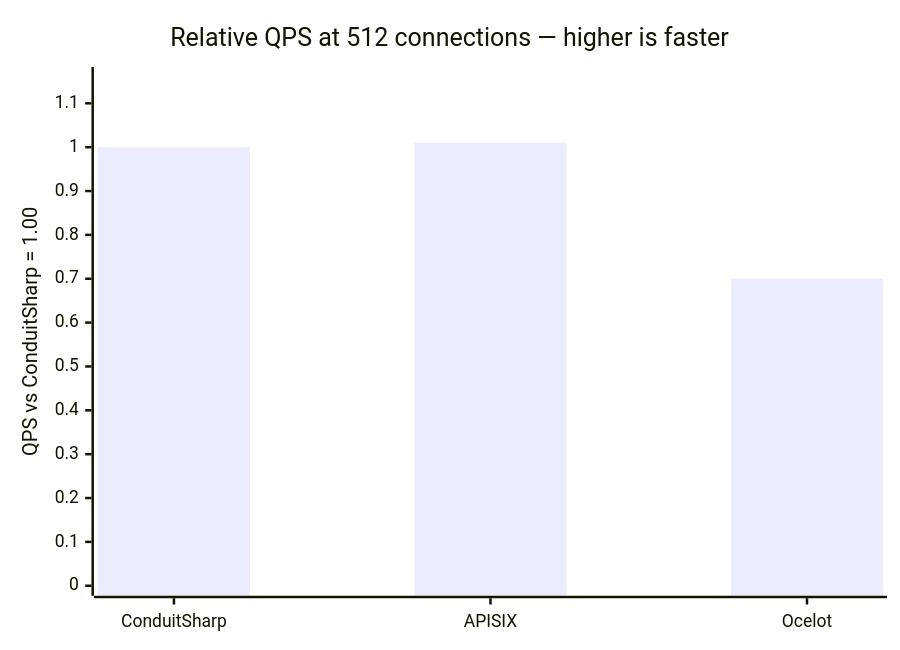
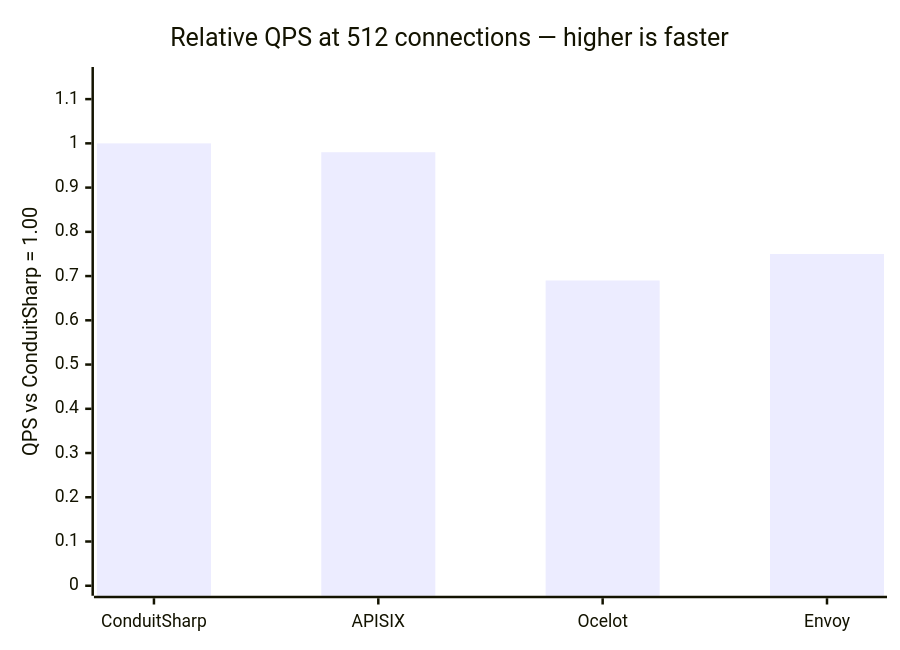
One commit to liqngliz/ConduitSharp changed the second of 8 diagrams in README.md. Above: the diagram before and after it, drawn with Mermaid. The commit also changed other lines of this file and 1 other file, not shown here.

````diff
--- a/README.md
+++ b/README.md
@@ -76,7 +77,7 @@
 ```mermaid
 xychart-beta
     title "Relative QPS at 512 connections — higher is faster"
-    x-axis ["ConduitSharp", "APISIX", "Ocelot"]
-    y-axis "QPS vs ConduitSharp = 1.00" 0 --> 1.16
-    bar [1.00, 1.01, 0.70]
+    x-axis ["ConduitSharp", "APISIX", "Ocelot", "Envoy"]
+    y-axis "QPS vs ConduitSharp = 1.00" 0 --> 1.15
+    bar [1.00, 0.98, 0.69, 0.75]
 ```
````
